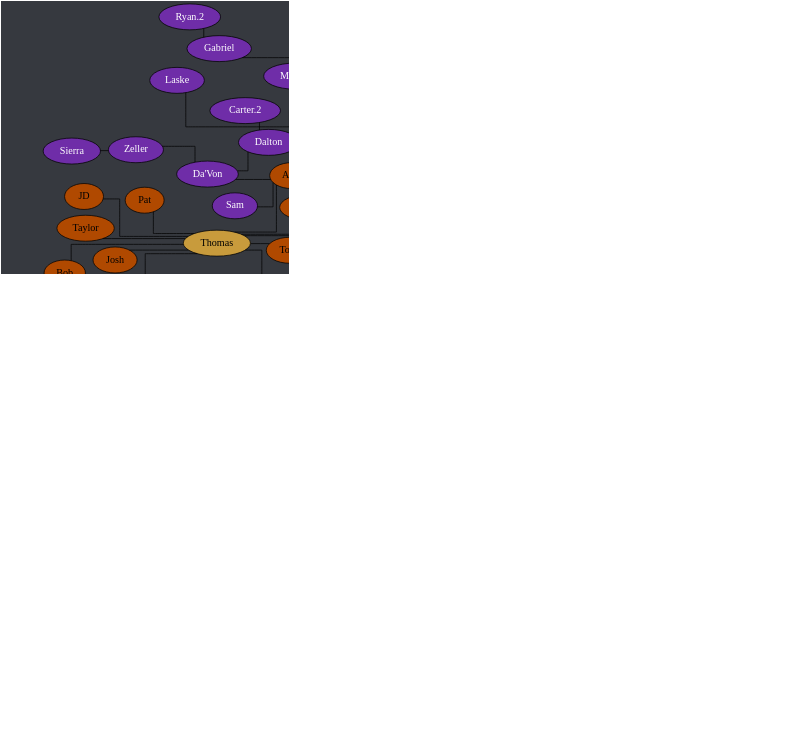
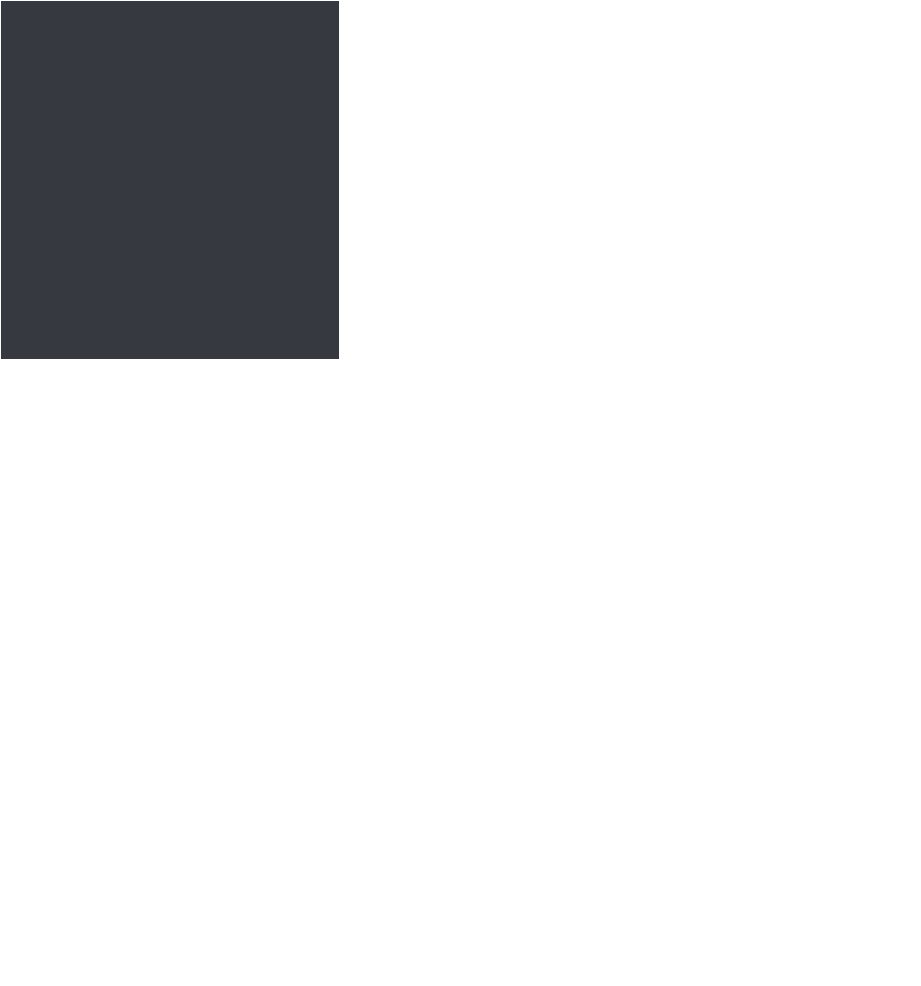
The diagram in tree.dot (Documidas/CoronaCatzFamilyTree), drawn with Graphviz before and after one commit. The commit also changed 1 other file, not shown here.

```diff
--- a/tree.dot
+++ b/tree.dot
@@ -1,182 +1,183 @@
 strict graph {
 	// Layout Configuration
 	layout = neato;
 	dpi = 200;
 	epsilon = 0.01;
 	mode = major;
 	model = subset;
 	overlap = false;
 	splines = ortho;
 	start = rand;
 
 	// Visual Configuration
 	graph [ truecolor=true bgcolor="#36393f" ];
 	node [ style=filled fillcolor="gray" fontcolor="black" ];
 
 	subgraph "Joel" {
 		node [ style=filled fillcolor="firebrick4" fontcolor="white" ];
 		Joel [ style=filled fillcolor="gold" fontcolor="black" ];
 
 		Cayla -- Ali;
 		Cayla -- Jonathan;
 		Cayla -- Kate;
 		Cayla -- Ranger;
 		Joel -- Anders;
 		Joel -- Cayla;
 		Joel -- Conner;
 		Joel -- Jared;
 		Joel -- Kat;
 		Joel -- Patrick;
 		Joel -- Steven;
 	}
 
 	subgraph "Anders" {
 		node [ style=filled fillcolor="green4" fontcolor="white" ];
 		// Anders [ style=filled fillcolor="green4" fontcolor="white" ];
 
 		Anders -- Chiara;
 		Anders -- Cody;
 		Anders -- Daniel;
 		Anders -- Derek;
 		Anders -- DJ;
 		Anders -- Hahnur;
 		Anders -- Jen;
 		Anders -- "Matt.2";
 		Anders -- Solis;
 		Anders -- Will;
 		Anders -- Wyatt;
 		Anders -- Zach;
 	}
 
 	subgraph "Jared" {
 		node [ style=filled fillcolor="royalblue" fontcolor="black" ];
 		// Jared [ style=filled fillcolor="royalblue" fontcolor="black" ];
 
 		Andrew -- Hannah;
+		"Carter-1.0" -- Tom;
 		Cole -- "Shadia/SJ";
 		Donnie -- Bianca;
 		Donnie -- Bryan;
 		Donnie -- Troy;
 		Greg -- Andrew;
 		Greg -- "Carter-1.0";
 		Greg -- Ina;
 		Greg -- "John Boi";
 		Greg -- Tails;
 		Greg -- Tanyon;
 		Hannah -- Raana;
 		Jared -- Brandi;
 		Jared -- Dave;
 		Jared -- Donnie;
 		Jared -- Fabi;
 		Jared -- "Jack.2";
 		Jared -- Cole;
 		Jared -- Kamon;
 		Jared -- Greg;
 		Jared -- Isabelle;
 		Jared -- Mason;
 		Jared -- "Matt.1";
 		Jared -- Mehmet;
 		Jared -- Nam;
 		Jared -- Pixie;
 		Jared -- Shannon;
 		Jared -- Spencer;
 		Jared -- Tyler;
 		Jared -- "Zach/Laniakea";
 		Jared -- Zoe;
 		"John Boi" -- Hardie;
 		"Shadia/SJ" -- Kalel;
 		"Shadia/SJ" -- Tommy;
 		Tommy -- Danny;
 		Troy -- Drake;
 		Tyler -- Gaby;
 		Zoe -- Brandon;
 	}
 
 	subgraph "Zach/Laniakea" {
 		node [ style=filled fillcolor="#4eff2c" fontcolor="black" ];
 		// "Zach/Laniakea" [ style=filled fillcolor="#4eff2c" fontcolor="black" ];
 
 		"Caio.2" -- "Kyle.1";
 		"Caio.2" -- Lucas;
 		Kuri -- "Andrew/Spook";
 		Kuri -- Jon;
 		Kuri -- Karma;
 		Kuri -- Ram;
 		Uko -- Marcus;
 		"Ryan/Wenger" -- Gracie;
 		"Zach/Laniakea" -- Allen;
 		"Zach/Laniakea" -- "Caio.2";
 		"Zach/Laniakea" -- John;
 		"Zach/Laniakea" -- Logan;
 		"Zach/Laniakea" -- Kevin;
 		"Zach/Laniakea" -- Kuri;
 		"Zach/Laniakea" -- "Kyle.0";
 		"Zach/Laniakea" -- Mike;
 		"Zach/Laniakea" -- "Ryan/Wenger";
 		"Zach/Laniakea" -- Uko;
 	}
 
 	subgraph "John" {
 		node [ style=filled fillcolor="#c89b3c" fontcolor="black" ];
 		// John [ style=filled fillcolor="#c89b3c" fontcolor="black" ];
 
 		John -- Anna;
 		John -- Emily;
 		John -- Haber;
 		John -- Jay;
 		John -- "Jack.1";
 		John -- Lara;
 		John -- Monarch;
 		John -- Thomas;
 	}
 
 	subgraph "John-stream" {
 		// node [ style=filled fillcolor="#9147ff" fontcolor="black" ];
 		node [ style=filled fillcolor="#c89b3c" fontcolor="black" ];
 
 		John -- "Michael/Wheezy";
 	}
 
 	subgraph "Thomas" {
 		node [ style=filled fillcolor="#b04900" fontcolor="black" ];
 		// Thomas [ style=filled fillcolor="#b04900" fontcolor="black" ];
 
 		Thomas -- Alex;
 		Thomas -- Bob;
 		Thomas -- Dre;
 		Thomas -- JD;
 		Thomas -- Josh;
 		Thomas -- Juan;
 		Thomas -- Pat;
 		Thomas -- Taylor;
 		Thomas -- Tony;
 		Thomas -- Travis;
 	}
 
 	subgraph "Alex" {
 		node [ style=filled fillcolor="#6f2da8" fontcolor="white" ];
 		// Alex [ style=filled fillcolor="#6f2da8" fontcolor="black" ];
 
 		Alex -- "Alex/Blitt";
 		Alex -- "Da'Von";
 		Alex -- David;
 		Alex -- Sam;
 		"Alex/Blitt" -- Alan;
 		"Alex/Blitt" -- "Alex the 3rd";
 		"Alex/Blitt" -- Brian;
 		"Alex/Blitt" -- Carlos;
 		"Alex/Blitt" -- Chris;
 		"Alex/Blitt" -- Gabriel;
 		"Alex/Blitt" -- "Kyle.3";
 		"Alex/Blitt" -- Laske;
 		"Alex/Blitt" -- Mikael;
 		"Alex/Blitt" -- "Ryan.1";
 		"Alex/Blitt" -- "Sam.2";
 		"Da'Von" -- Dalton;
 		"Da'Von" -- Zeller;
 		Dalton -- "Carter.2";
 		Dalton -- Graysen;
 		Gabriel -- "Ryan.2";
 		Zeller -- Sierra;
 	}
 }
```
